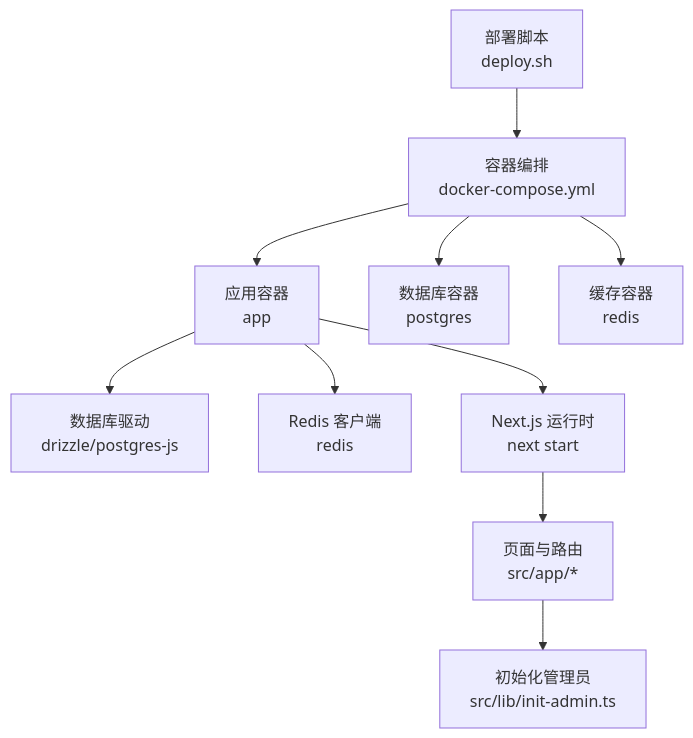
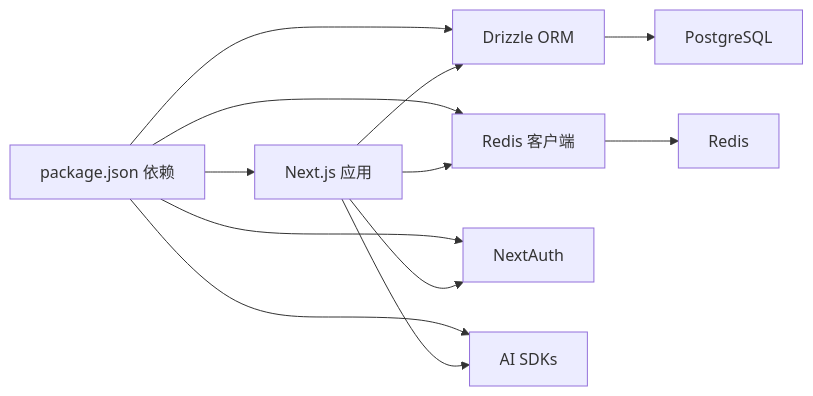
One commit to RadiumAg/AIGate changed the third of 4 diagrams in .qoder/repowiki/zh/content/快速开始.md. Above: the diagram before and after it, drawn with Mermaid. The commit also changed other lines of this file and 141 other files, not shown here.

````diff
--- a/.qoder/repowiki/zh/content/快速开始.md
+++ b/.qoder/repowiki/zh/content/快速开始.md
@@ -41,12 +235,14 @@
 ```mermaid
-graph TB
-A["部署脚本<br/>deploy.sh"] --> B["容器编排<br/>docker-compose.yml"]
-B --> C["应用容器<br/>app"]
-B --> D["数据库容器<br/>postgres"]
-B --> E["缓存容器<br/>redis"]
-C --> F["数据库驱动<br/>drizzle/postgres-js"]
-C --> G["Redis 客户端<br/>redis"]
-C --> H["Next.js 运行时<br/>next start"]
-H --> I["页面与路由<br/>src/app/*"]
-I --> J["初始化管理员<br/>src/lib/init-admin.ts"]
+graph LR
+A["package.json 依赖"] --> B["Next.js 应用"]
+A --> C["Drizzle ORM"]
+A --> D["Redis 客户端"]
+A --> E["NextAuth"]
+A --> F["AI SDKs"]
+B --> C
+B --> D
+B --> E
+B --> F
+C --> G["PostgreSQL"]
+D --> H["Redis"]
 ```
````
